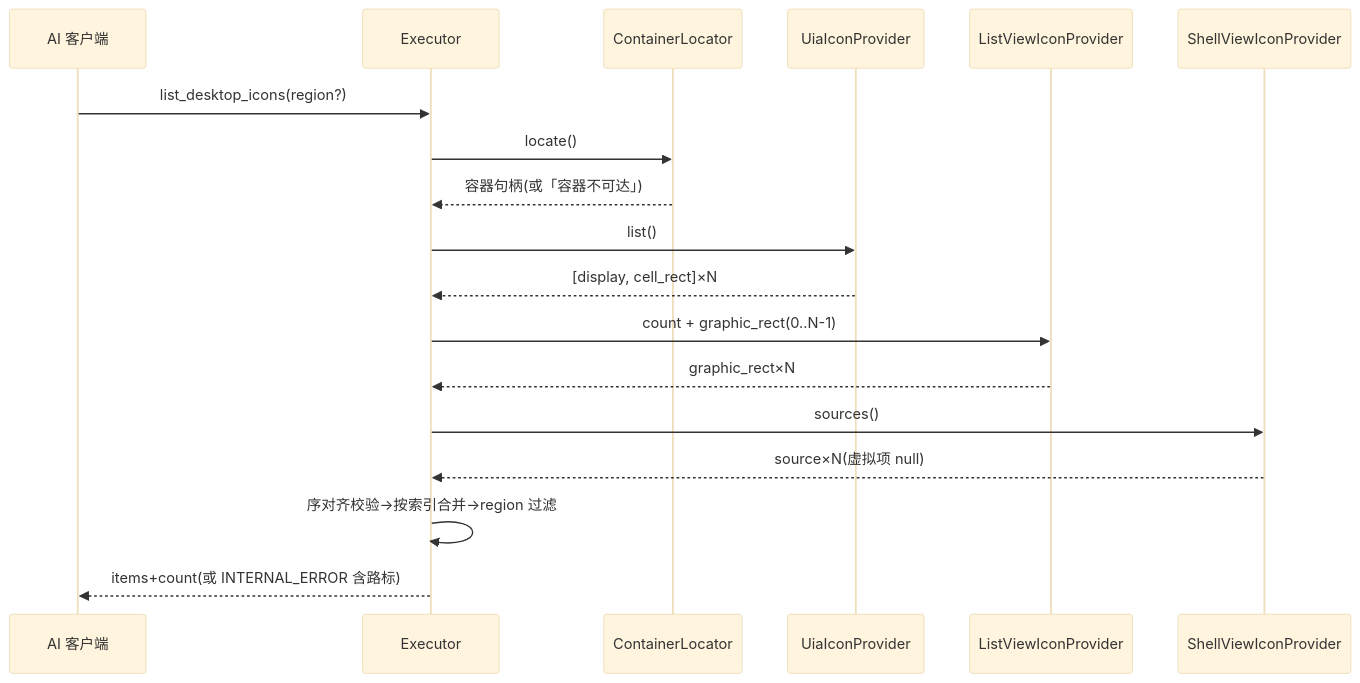
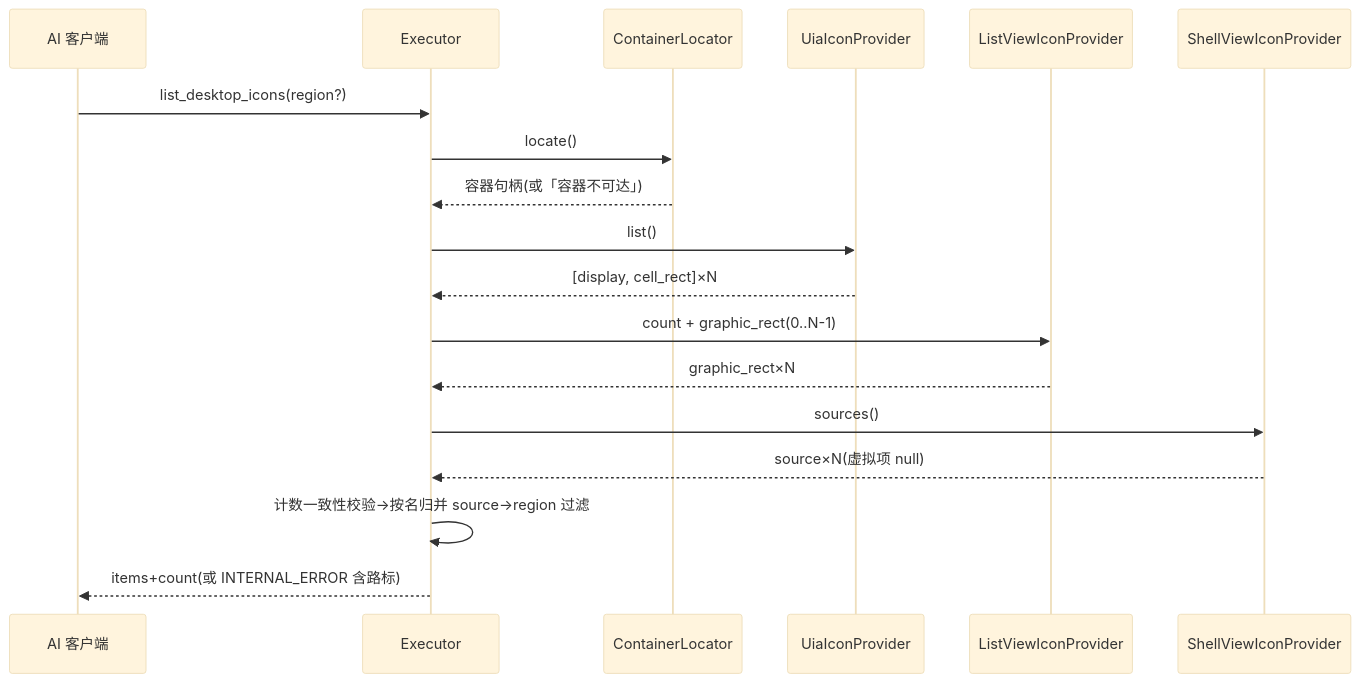
The first of 7 diagrams in docs/需求/REQ-002-桌面图标感知-详细设计.md (Ddfang-sdf/deskpilot), drawn with Mermaid (base theme) before and after one commit. The commit also changed other lines of this file and 1 other file, not shown here.

Commit message:
docs: ISS-0076 REQ-002详设按ISS-0054实装回填(序对齐→按名归并,13处全改,机制描述与代码一致)

````diff
--- a/docs/需求/REQ-002-桌面图标感知-详细设计.md
+++ b/docs/需求/REQ-002-桌面图标感知-详细设计.md
@@ -124,20 +124,20 @@
 ```mermaid
 sequenceDiagram
     participant AI as AI 客户端
     participant E as Executor
     participant L as ContainerLocator
     participant U as UiaIconProvider
     participant V as ListViewIconProvider
     participant S as ShellViewIconProvider
     AI->>E: list_desktop_icons(region?)
     E->>L: locate()
     L-->>E: 容器句柄(或「容器不可达」)
     E->>U: list()
     U-->>E: [display, cell_rect]×N
     E->>V: count + graphic_rect(0..N-1)
     V-->>E: graphic_rect×N
     E->>S: sources()
     S-->>E: source×N(虚拟项 null)
-    E->>E: 序对齐校验→按索引合并→region 过滤
+    E->>E: 计数一致性校验→按名归并 source→region 过滤
     E-->>AI: items+count(或 INTERNAL_ERROR 含路标)
 ```
````
